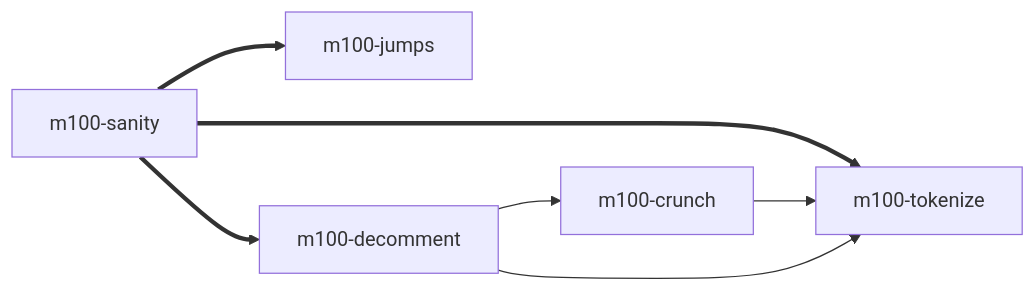
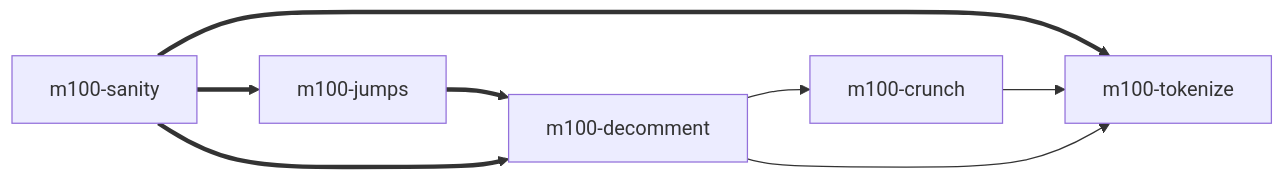
The diagram in README.md (hackerb9/tokenize), drawn with Mermaid before and after one commit.

Commit message:
Add mermaid dependency

````diff
--- a/README.md
+++ b/README.md
@@ -128,7 +128,8 @@
 ``` mermaid
 flowchart LR;
 m100-sanity ==> m100-tokenize
 m100-sanity ==> m100-jumps
+m100-jumps ==> m100-decomment
 m100-sanity ==> m100-decomment --> m100-crunch --> m100-tokenize
 m100-decomment --> m100-tokenize
 ```
````
